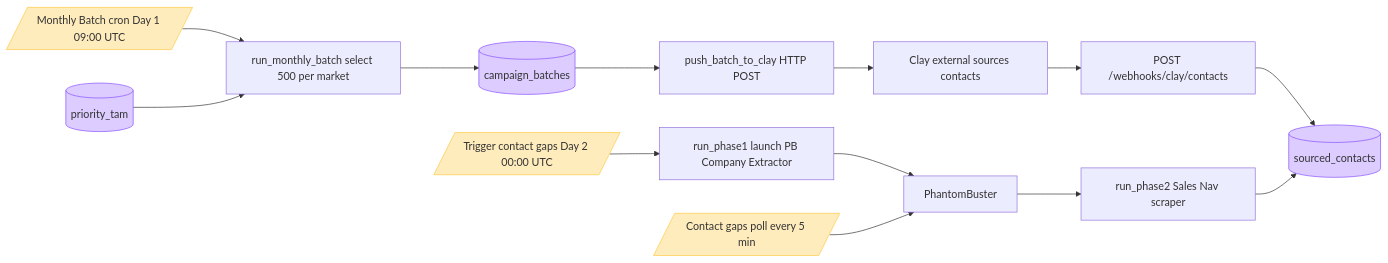
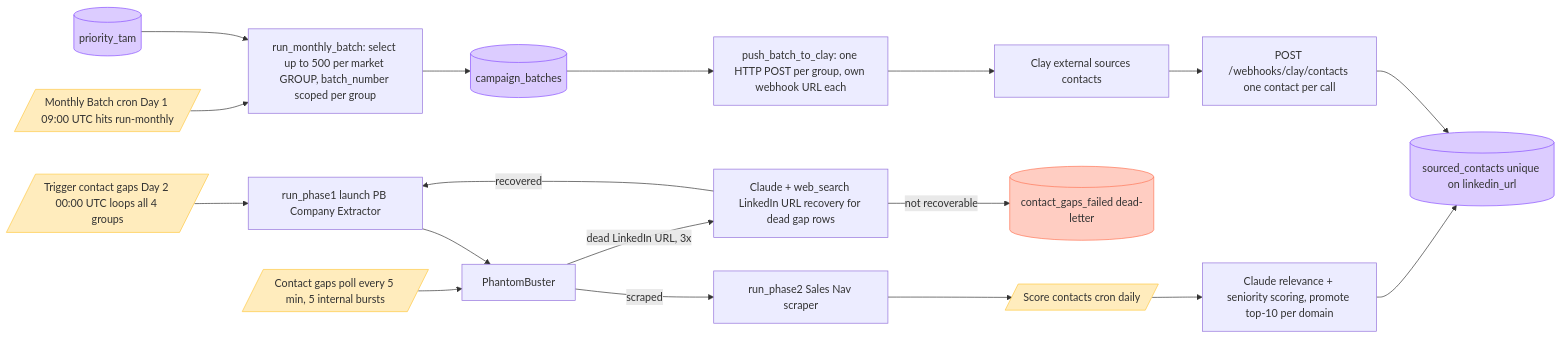
One commit to vikyvignesh16/Outbound-engine changed the fifth of 8 diagrams in docs/architecture.md. Above: the diagram before and after it, drawn with Mermaid. The commit also changed other lines of this file and 2 other files, not shown here.

First line of the commit message:
docs: reconcile CLAUDE.md, SKILL.md, and architecture.md with actual system state

````diff
--- a/docs/architecture.md
+++ b/docs/architecture.md
@@ -217,38 +256,49 @@
 ```mermaid
 flowchart LR
-    monthlyCron[/Monthly Batch cron Day 1 09:00 UTC/]
+    monthlyCron[/Monthly Batch cron Day 1 09:00 UTC hits run-monthly/]
     ptam[(priority_tam)]
-    select[run_monthly_batch select 500 per market]
+    select[run_monthly_batch: select up to 500 per market GROUP, batch_number scoped per group]
     cb[(campaign_batches)]
-    pushClay[push_batch_to_clay HTTP POST]
+    pushClay[push_batch_to_clay: one HTTP POST per group, own webhook URL each]
     clay[Clay external sources contacts]
-    clayHook[POST /webhooks/clay/contacts]
-    sc[(sourced_contacts)]
+    clayHook[POST /webhooks/clay/contacts one contact per call]
+    sc[(sourced_contacts unique on linkedin_url)]
 
-    triggerGaps[/Trigger contact gaps Day 2 00:00 UTC/]
+    triggerGaps[/Trigger contact gaps Day 2 00:00 UTC loops all 4 groups/]
     gaps[run_phase1 launch PB Company Extractor]
     pb[PhantomBuster]
-    gapsPoll[/Contact gaps poll every 5 min/]
+    gapsPoll[/Contact gaps poll every 5 min, 5 internal bursts/]
     phase2[run_phase2 Sales Nav scraper]
+    scoreContacts[/Score contacts cron daily/]
+    scoring[Claude relevance + seniority scoring, promote top-10 per domain]
+    liRecover[Claude + web_search LinkedIn URL recovery for dead gap rows]
+    gapFailed[(contact_gaps_failed dead-letter)]
 
     monthlyCron --> select
     ptam --> select
     select --> cb
     cb --> pushClay
     pushClay --> clay
     clay --> clayHook
     clayHook --> sc
 
     triggerGaps --> gaps
     gaps --> pb
     gapsPoll --> pb
-    pb --> phase2
-    phase2 --> sc
+    pb -->|scraped| phase2
+    phase2 --> scoreContacts
+    scoreContacts --> scoring
+    scoring --> sc
+    pb -->|dead LinkedIn URL, 3x| liRecover
+    liRecover -->|recovered| gaps
+    liRecover -->|not recoverable| gapFailed
 
     style monthlyCron fill:#FFECBD,stroke:#FFC943
     style triggerGaps fill:#FFECBD,stroke:#FFC943
     style gapsPoll fill:#FFECBD,stroke:#FFC943
+    style scoreContacts fill:#FFECBD,stroke:#FFC943
     style ptam fill:#DCCCFF,stroke:#874FFF
     style cb fill:#DCCCFF,stroke:#874FFF
     style sc fill:#DCCCFF,stroke:#874FFF
+    style gapFailed fill:#FFCDC2,stroke:#FF7556
 ```
````
